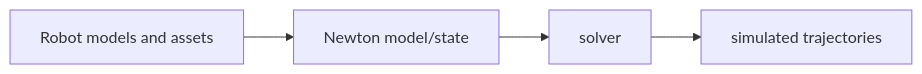
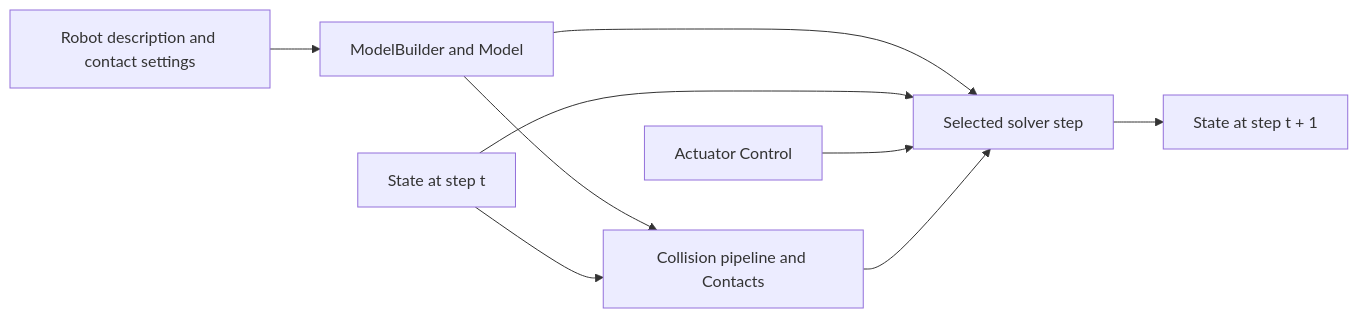
Before and after one commit to james-joobs/awesome-nvidia-physical-ai: the diagram in docs/en/newton.md, drawn with Mermaid. The commit also changed other lines of this file and 187 other files, not shown here.

Commit message:
Expand bilingual guides with official architecture references

````diff
--- a/docs/en/newton.md
+++ b/docs/en/newton.md
@@ -17,4 +18,18 @@
 ```mermaid
 flowchart LR
-    A["Robot models and assets"] --> B["Newton model/state"] --> C["solver"] --> D["simulated trajectories"]
+    asset["Robot description and contact settings"]
+    model["ModelBuilder and Model"]
+    state["State at step t"]
+    control["Actuator Control"]
+    contact["Collision pipeline and Contacts"]
+    step["Selected solver step"]
+    out["State at step t + 1"]
+    asset --> model
+    model --> contact
+    model --> step
+    state --> contact
+    state --> step
+    control --> step
+    contact --> step
+    step --> out
 ```
````
